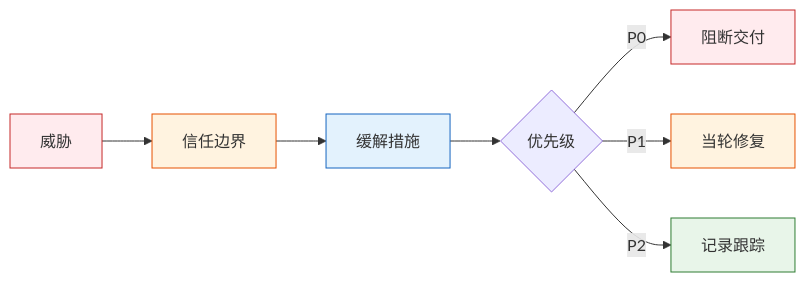
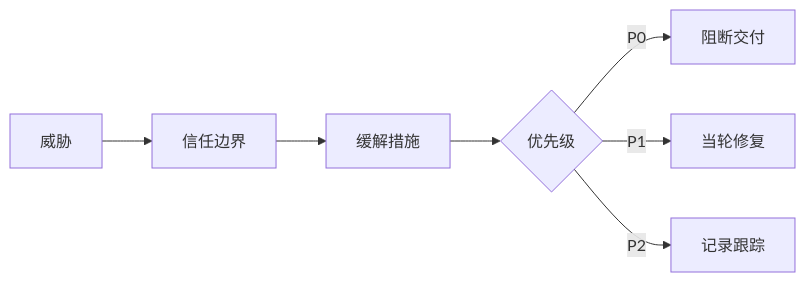
One commit to effiy/YrY changed the third of 5 diagrams in agents/security.md. Above: the diagram before and after it, drawn with Mermaid. The commit also changed other lines of this file and 9 other files, not shown here.

````diff
--- a/agents/security.md
+++ b/agents/security.md
@@ -68,16 +60,10 @@
 ```mermaid
 flowchart LR
     THREAT["威胁"]:::t --> BOUND["信任边界"]:::b
     BOUND --> MIT["缓解措施"]:::m
     MIT --> PRI{"优先级"}
     PRI -->|"P0"| BLK["阻断交付"]:::p0
     PRI -->|"P1"| FIX["当轮修复"]:::p1
     PRI -->|"P2"| NOTE["记录跟踪"]:::p2
 
-    classDef t fill:#ffebee,stroke:#c62828;
-    classDef b fill:#fff3e0,stroke:#e65100;
-    classDef m fill:#e3f2fd,stroke:#1565c0;
-    classDef p0 fill:#ffebee,stroke:#c62828;
-    classDef p1 fill:#fff3e0,stroke:#e65100;
-    classDef p2 fill:#e8f5e9,stroke:#2e7d32;
 ```
````
